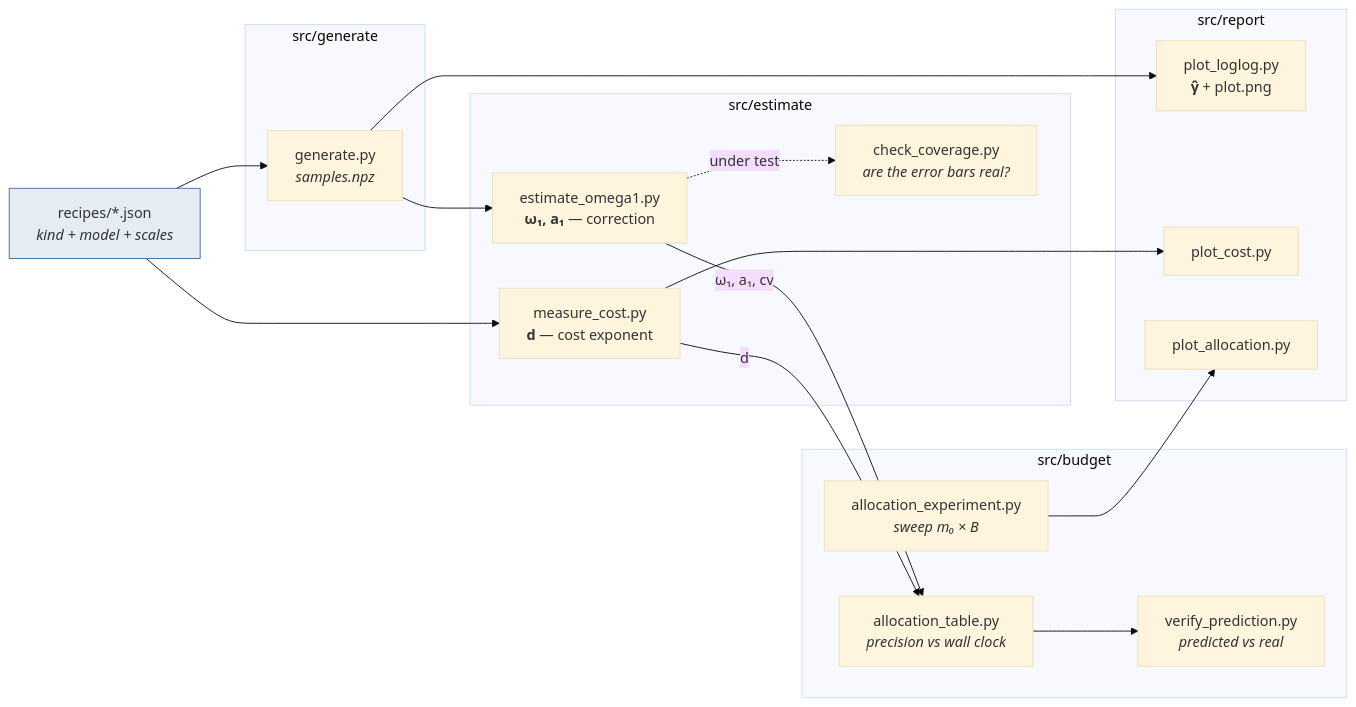
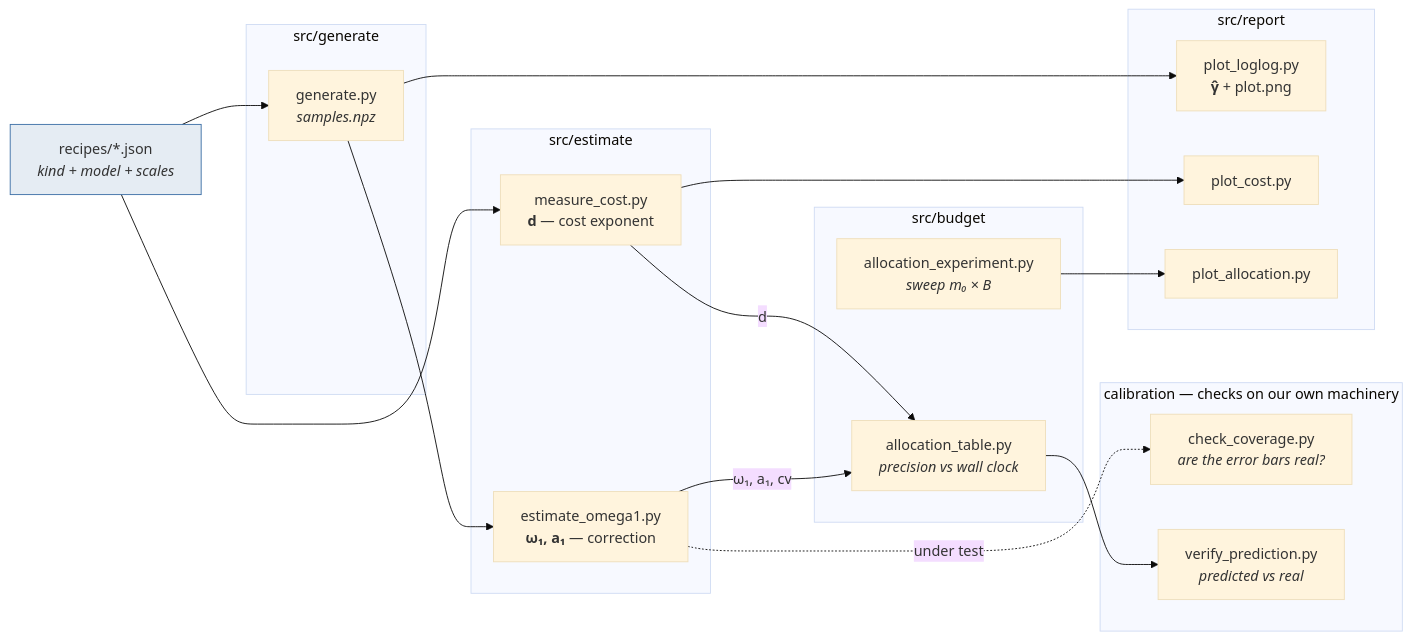
One commit to IgorSSBarbosa/loglog_validation changed the diagram in README.md. Above: the diagram before and after it, drawn with Mermaid (base theme). The commit also changed other lines of this file and 12 other files, not shown here.

````diff
--- a/README.md
+++ b/README.md
@@ -14,38 +14,41 @@
 ```mermaid
 flowchart LR
     RCP["recipes/*.json<br/><i>kind + model + scales</i>"]
 
     subgraph generate["src/generate"]
         GEN["generate.py<br/><i>samples.npz</i>"]
     end
 
     subgraph estimate["src/estimate"]
         MC["measure_cost.py<br/><b>d</b> — cost exponent"]
         EO["estimate_omega1.py<br/><b>ω₁, a₁</b> — correction"]
-        CC["check_coverage.py<br/><i>are the error bars real?</i>"]
     end
 
     subgraph budget["src/budget"]
         AT["allocation_table.py<br/><i>precision vs wall clock</i>"]
         AE["allocation_experiment.py<br/><i>sweep m₀ × B</i>"]
+    end
+
+    subgraph calib["calibration — checks on our own machinery"]
+        CC["check_coverage.py<br/><i>are the error bars real?</i>"]
         VP["verify_prediction.py<br/><i>predicted vs real</i>"]
     end
 
     subgraph report["src/report"]
         PL["plot_loglog.py<br/><b>γ̂</b> + plot.png"]
         PC["plot_cost.py"]
         PA["plot_allocation.py"]
     end
 
     RCP --> GEN --> PL
     RCP --> MC --> PC
     GEN --> EO
     MC -- d --> AT
     EO -- "ω₁, a₁, cv" --> AT
     AT --> VP
     AE --> PA
     EO -.under test.-> CC
 
     classDef lib fill:#3b6ea522,stroke:#3b6ea5
     class RCP lib
 ```
````
